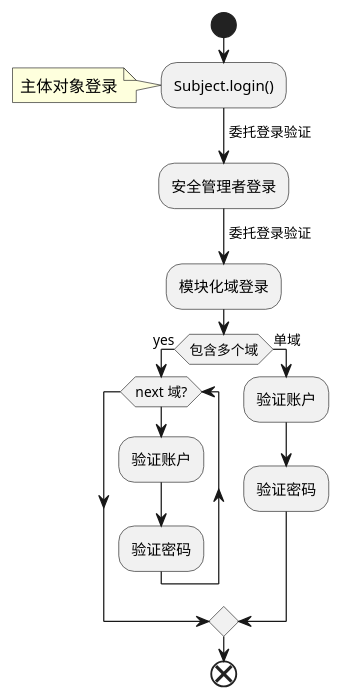
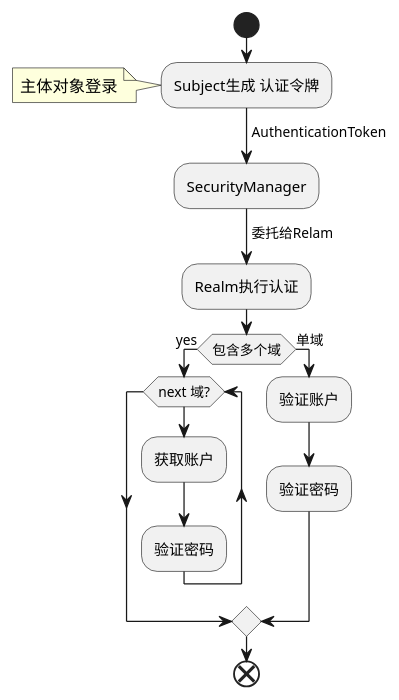
Before and after one commit to weisanju/osconcept: the first of 2 diagrams in shiro流程图.plantuml, drawn with PlantUML. The commit also changed other lines of this file and 7 other files, not shown here.

```diff
--- a/shiro流程图.plantuml
+++ b/shiro流程图.plantuml
@@ -1,20 +1,20 @@
 @startuml shiro登录流程
     start
-    :Subject.login();
+    :Subject生成 认证令牌;
     note left:主体对象登录
-    -> 委托登录验证;
-    :安全管理者登录;
-    -> 委托登录验证;
-    :模块化域登录;
+    -> AuthenticationToken;
+    :SecurityManager;
+    -> 委托给Relam;
+    :Realm执行认证;
     if (包含多个域) then (yes)
     while (next 域?)
-        :验证账户;
+        :获取账户;
         :验证密码;
     endwhile;
     else (单域)
         :验证账户;
         :验证密码;
     endif
     end
     
 @enduml
```
